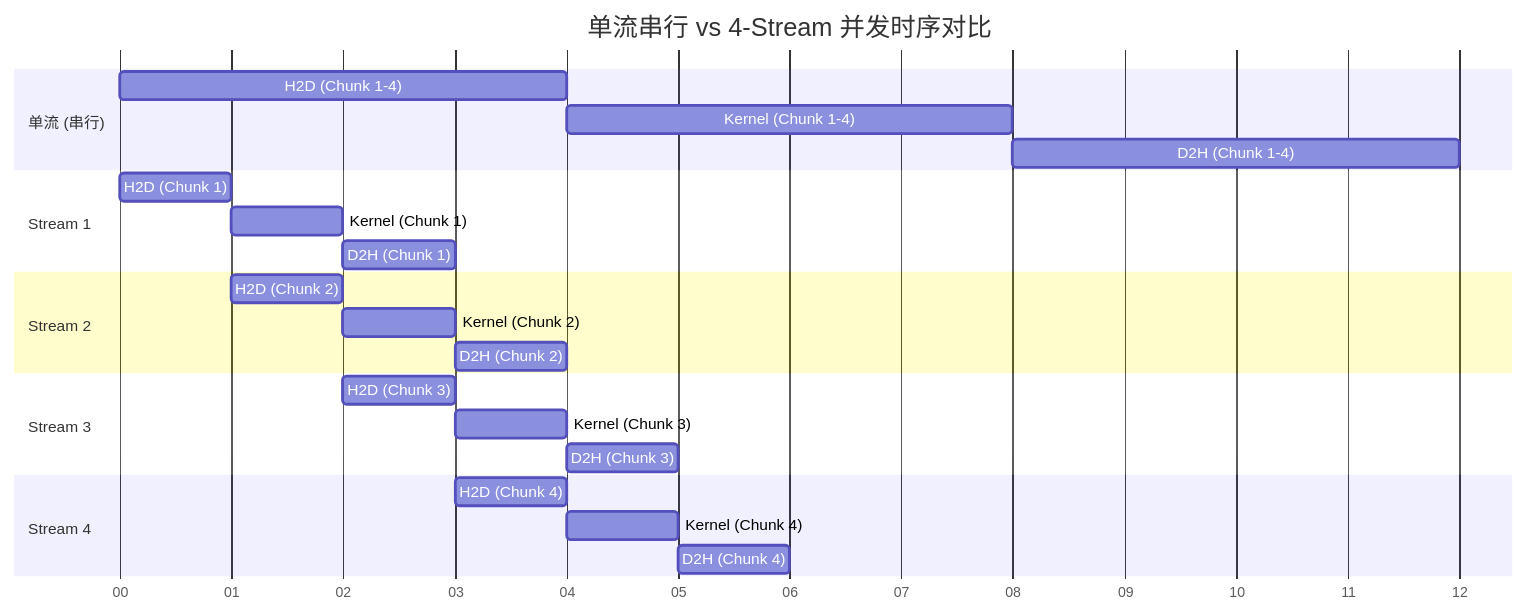
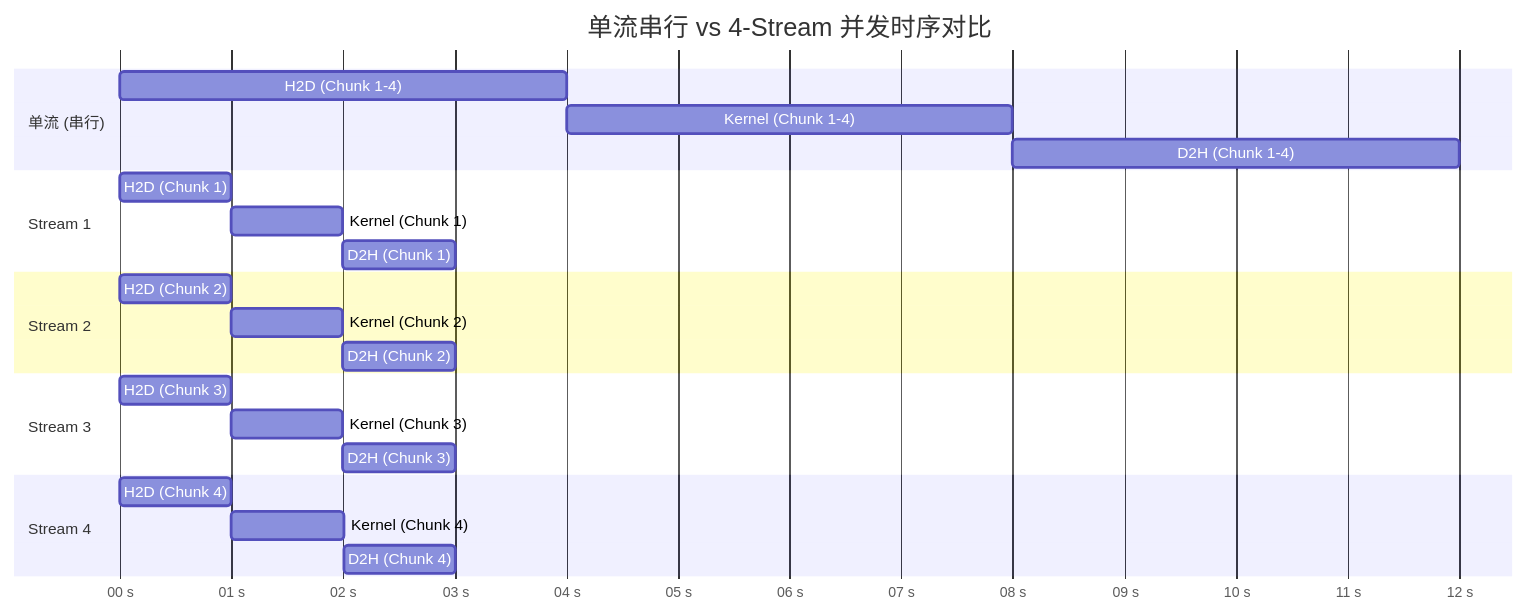
Before and after one commit to psmarter/CUDA-Practice: the first of 2 diagrams in 08_Advanced/README.md, drawn with Mermaid. The commit also changed other lines of this file and 20 other files, not shown here.

````diff
--- a/08_Advanced/README.md
+++ b/08_Advanced/README.md
@@ -39,31 +39,32 @@
 ```mermaid
 gantt
-    dateFormat  s
+    dateFormat X
+    axisFormat %S s
+    tickInterval 1second
     title 单流串行 vs 4-Stream 并发时序对比
-    axisFormat %S
     
     section 单流 (串行)
     H2D (Chunk 1-4)     :a1, 0, 4s
     Kernel (Chunk 1-4)  :a2, after a1, 4s
     D2H (Chunk 1-4)     :a3, after a2, 4s
     
     section Stream 1
     H2D (Chunk 1)       :b1, 0, 1s
     Kernel (Chunk 1)    :b2, after b1, 1s
     D2H (Chunk 1)       :b3, after b2, 1s
     
     section Stream 2
     H2D (Chunk 2)       :c1, 1, 1s
     Kernel (Chunk 2)    :c2, after c1, 1s
     D2H (Chunk 2)       :c3, after c2, 1s
 
     section Stream 3
     H2D (Chunk 3)       :d1, 2, 1s
     Kernel (Chunk 3)    :d2, after d1, 1s
     D2H (Chunk 3)       :d3, after d2, 1s
 
     section Stream 4
     H2D (Chunk 4)       :e1, 3, 1s
     Kernel (Chunk 4)    :e2, after e1, 1s
     D2H (Chunk 4)       :e3, after e2, 1s
 ```
````
